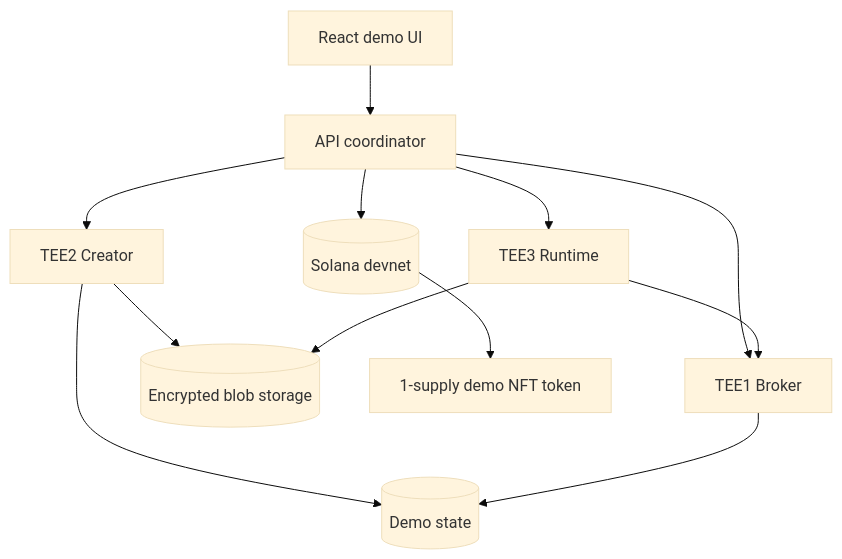
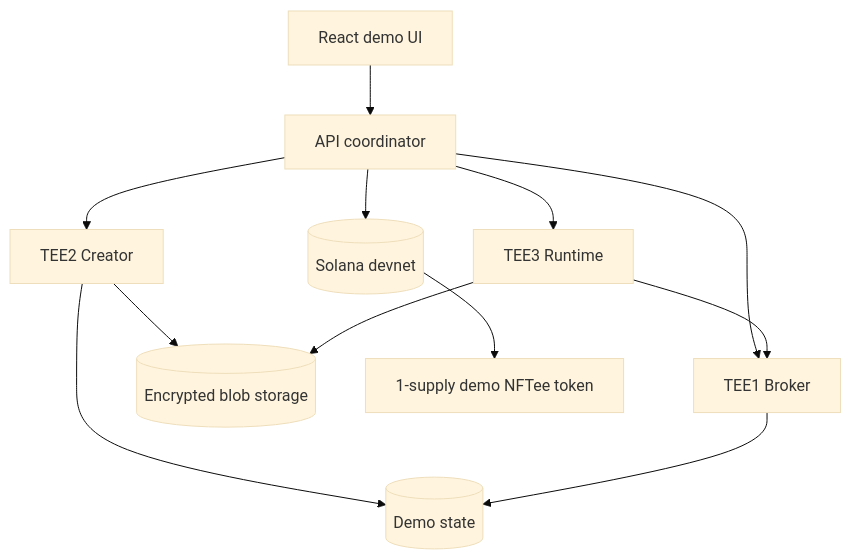
One commit to clan-world/sealed-skill-nft-demo changed the first of 4 diagrams in docs/ARCHITECTURE.md. Above: the diagram before and after it, drawn with Mermaid (base theme). The commit also changed other lines of this file and 17 other files, not shown here.

````diff
--- a/docs/ARCHITECTURE.md
+++ b/docs/ARCHITECTURE.md
@@ -39,16 +39,16 @@
 ```mermaid
 flowchart TD
     UI[React demo UI] --> API[API coordinator]
     API --> TEE2[TEE2 Creator]
     API --> TEE1[TEE1 Broker]
     API --> TEE3[TEE3 Runtime]
 
     TEE2 --> Storage[(Encrypted blob storage)]
     TEE2 --> State[(Demo state)]
     TEE1 --> State
     TEE3 --> Storage
     TEE3 --> TEE1
 
     API --> Solana[(Solana devnet)]
-    Solana --> NFT[1-supply demo NFT token]
+    Solana --> NFTee[1-supply demo NFTee token]
 ```
````
